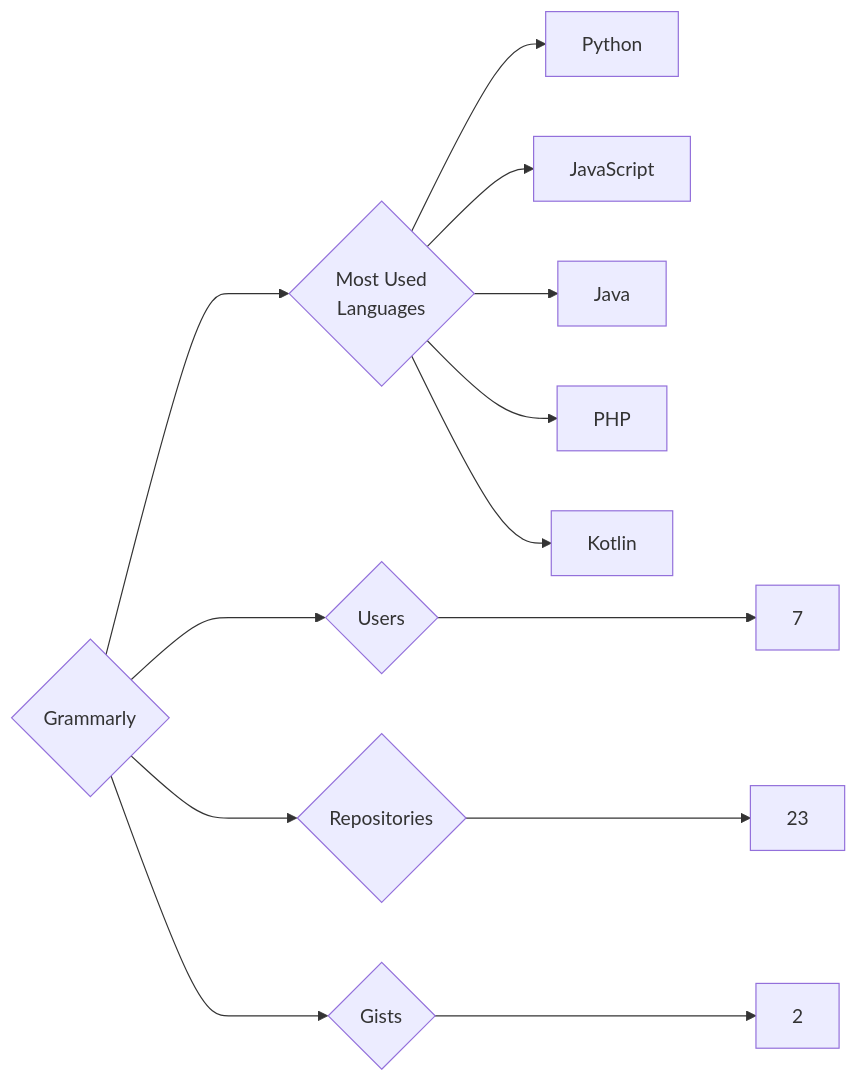
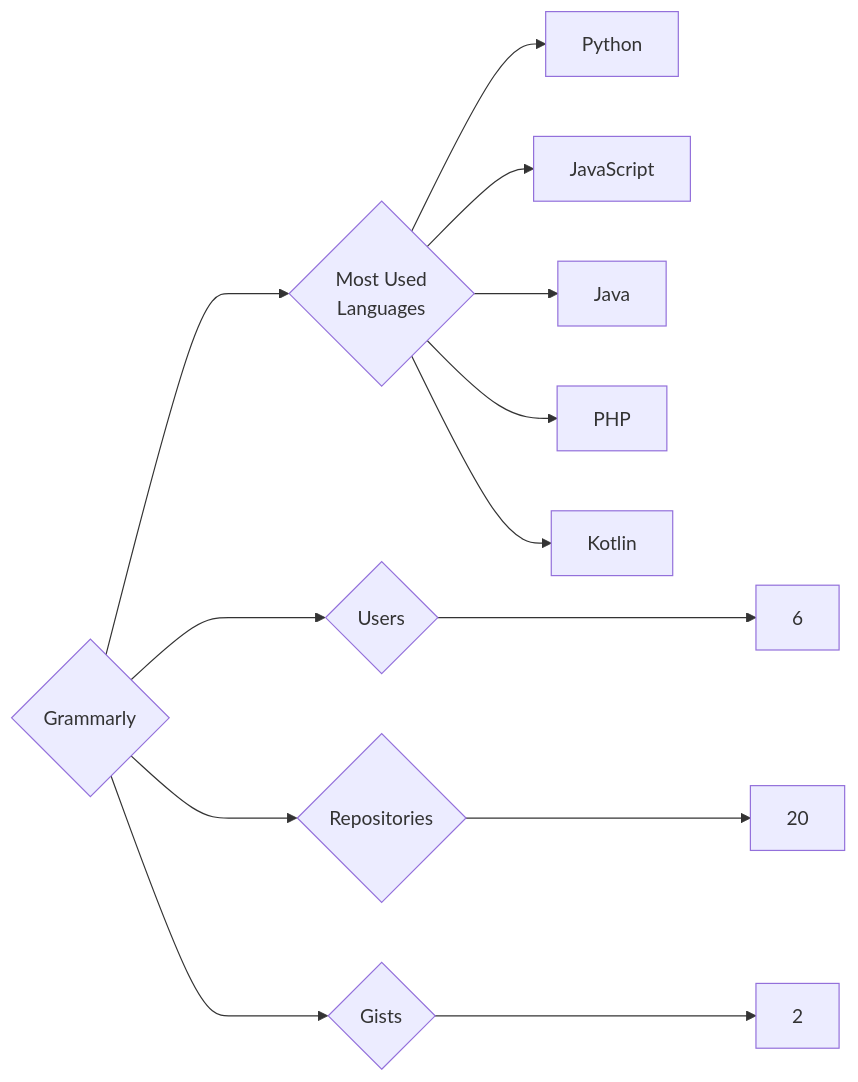
The diagram in targets/Grammarly/README.md (trickest/insiders), drawn with Mermaid before and after one commit. The commit also changed 1055 other files, not shown here.

````diff
--- a/targets/Grammarly/README.md
+++ b/targets/Grammarly/README.md
@@ -3,13 +3,13 @@
 ```mermaid
 graph LR
 COMPANY_NAME{Grammarly}
-COMPANY_NAME ---> U{Users} ---> UN[7]
-COMPANY_NAME ---> R{Repositories} ---> RN[23]
+COMPANY_NAME ---> U{Users} ---> UN[6]
+COMPANY_NAME ---> R{Repositories} ---> RN[20]
 COMPANY_NAME ---> G{Gists} ---> GN[2]
 COMPANY_NAME ---> ML{Most Used<br>Languages}
 ML --> Python[Python]
 ML --> JavaScript[JavaScript]
 ML --> Java[Java]
 ML --> PHP[PHP]
 ML --> Kotlin[Kotlin]
 ```
````
